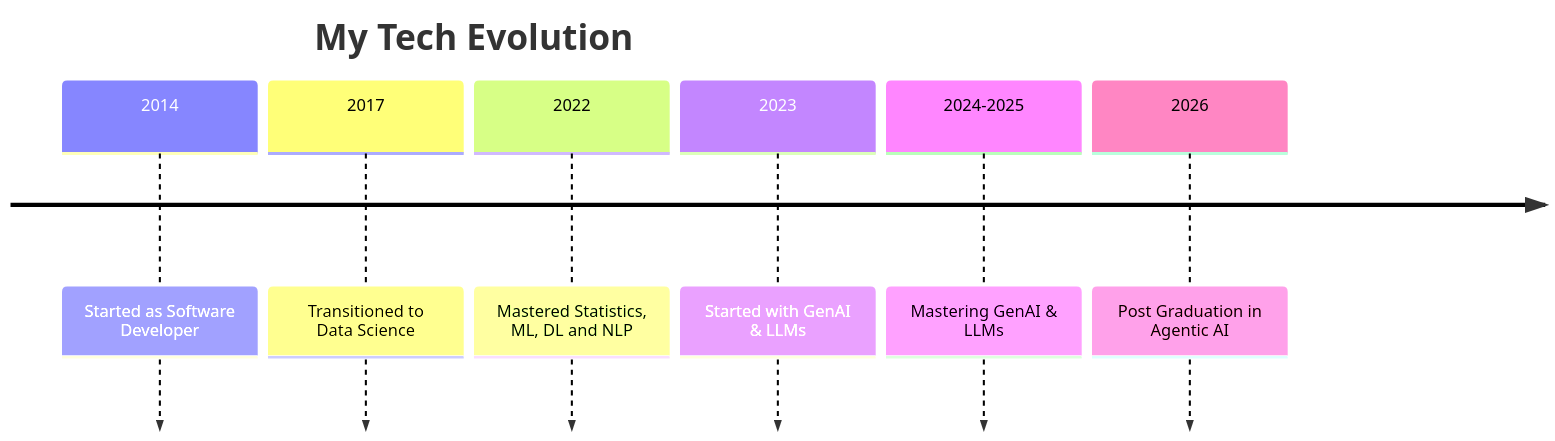
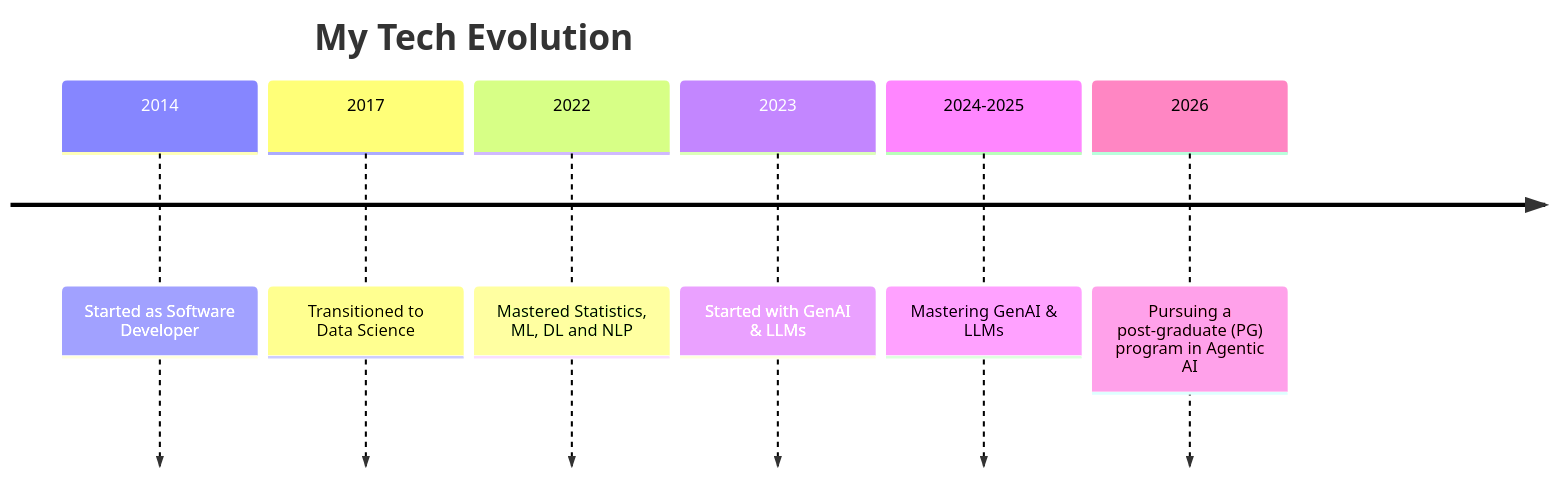
The first of 2 diagrams in README.md (nikhilniksss/nikhilniksss), drawn with Mermaid before and after one commit.

````diff
--- a/README.md
+++ b/README.md
@@ -8,10 +8,10 @@
 ```mermaid
 timeline
     title My Tech Evolution
     2014 : Started as Software Developer
     2017 : Transitioned to Data Science
     2022 : Mastered Statistics, ML, DL and NLP
     2023 : Started with GenAI & LLMs
     2024-2025 : Mastering GenAI & LLMs
-    2026 : Post Graduation in Agentic AI
+    2026 : Pursuing a post-graduate (PG) program in Agentic AI 
 ```
````
